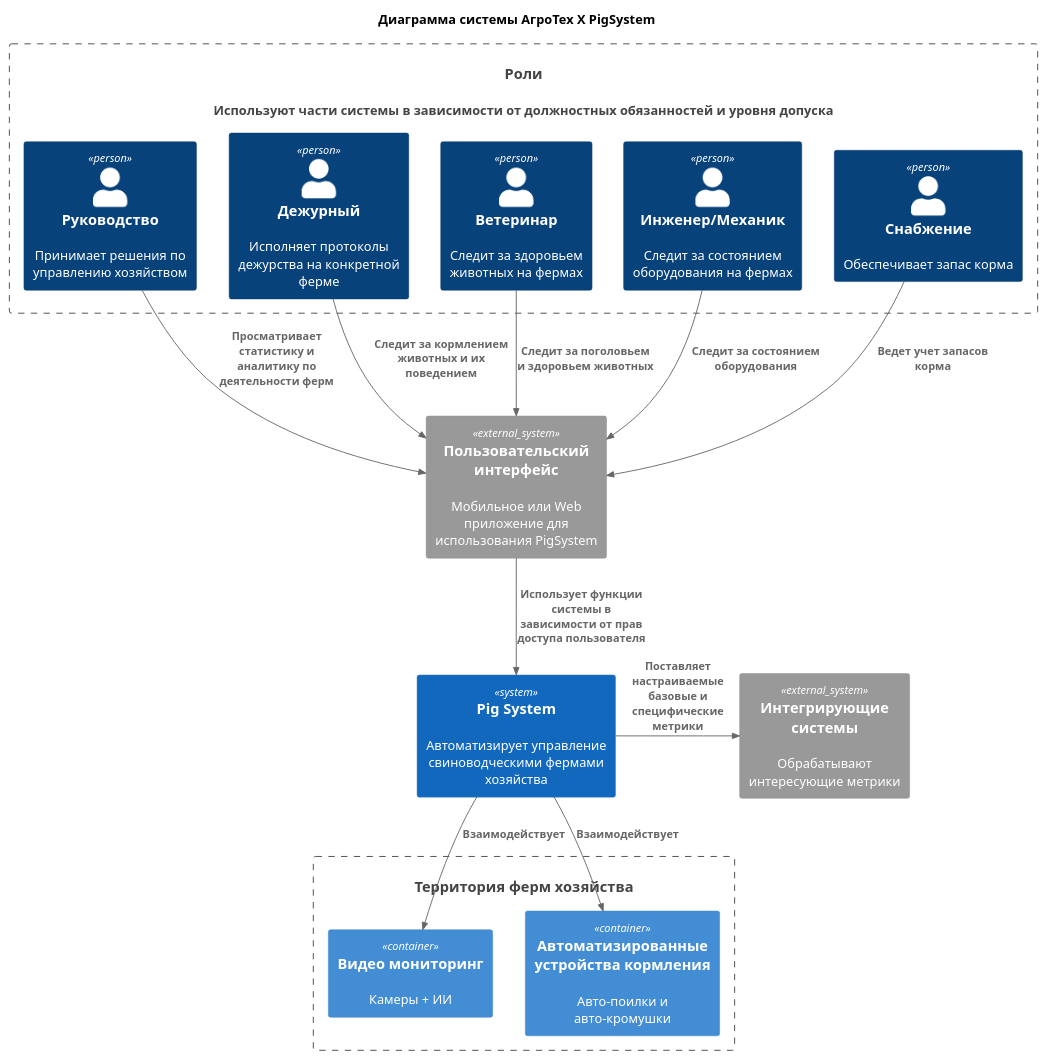
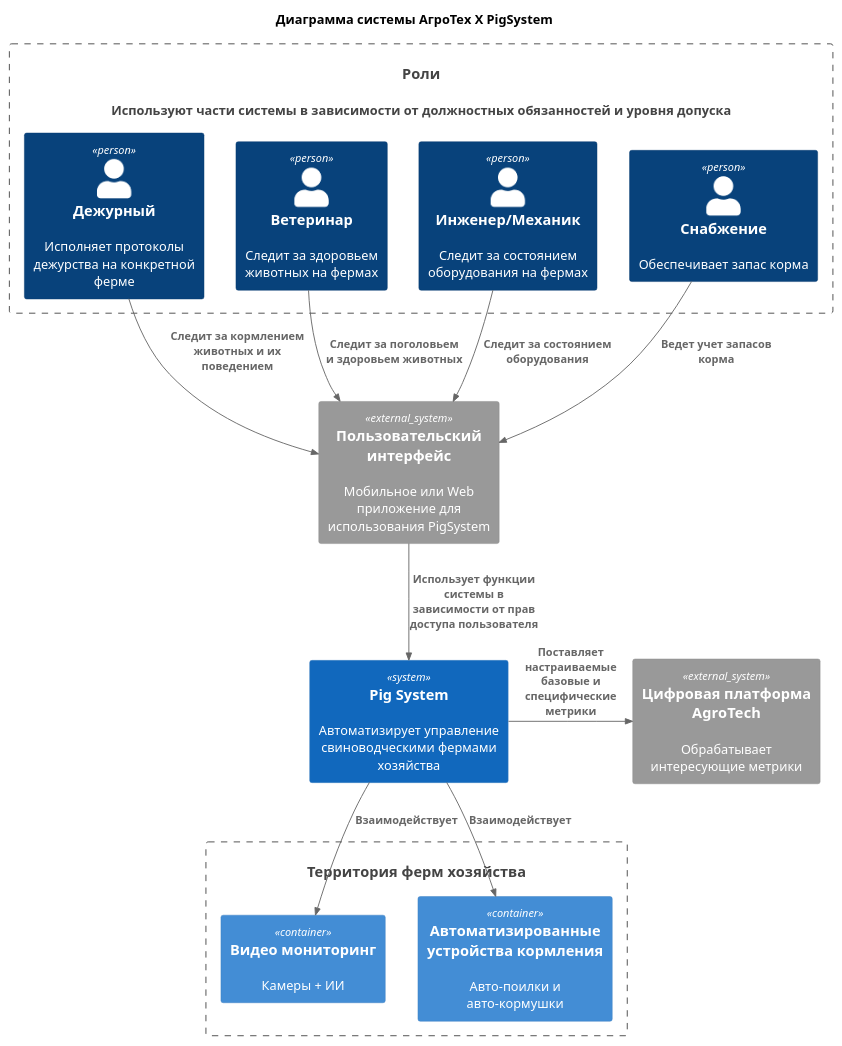
One commit to ane-ta/ms-agrotech changed the diagram in Task1/Context - main.puml. Above: the diagram before and after it, drawn with PlantUML. The commit also changed 1 other file, not shown here.

```diff
--- a/Task1/Context - main.puml
+++ b/Task1/Context - main.puml
@@ -1,47 +1,45 @@
 @startuml
 title Диаграмма системы АгроТех Х PigSystem
 
 !includeurl https://raw.githubusercontent.com/RicardoNiepel/C4-PlantUML/master/C4_Component.puml
 
 'using entities
 System(users, "Роли", "Используют части системы в зависимости от должностных обязанностей и уровня допуска")
 Container_Boundary(users, "Пользователи и роли"){
 
-    Person(userDir, "Руководство", "Принимает решения по управлению хозяйством")
     Person(userOnDuty, "Дежурный", "Исполняет протоколы дежурства на конкретной ферме")
     Person(userVet, "Ветеринар", "Следит за здоровьем животных на фермах")
     Person(userMech, "Инженер/Механик", "Следит за состоянием оборудования на фермах")
     Person(userSupply, "Снабжение", "Обеспечивает запас корма")
 }
 
 'external items
 System_Ext(appUsing, "Пользовательский интерфейс", "Mобильное или Web приложение для использования PigSystem")
-System_Ext(sysIntegrating, "Интегрирующие системы", "Обрабатывают интересующие метрики")
+System_Ext(sysIntegrating, "Цифровая платформа AgroTech", "Обрабатывает интересующие метрики")
 
 'system itself
 System(PigFarmSystem, "Pig System", "Автоматизирует управление свиноводческими фермами хозяйства")
  
  'items in use
  System(farms, "Территория ферм хозяйства", "")
  Container_Boundary(farms, ""){
     Container(video, "Видео мониторинг", "", "Камеры + ИИ")
-    Container(feeding, "Автоматизированные устройства кормления", "", "Авто-поилки и авто-кромушки")
+    Container(feeding, "Автоматизированные устройства кормления", "", "Авто-поилки и авто-кормушки")
  }
 
 
 'using relations
-Rel_Down(userDir, appUsing, "Просматривает статистику и аналитику по деятельности ферм")
 Rel_Down(userOnDuty, appUsing, "Следит за кормлением животных и их поведением")
 Rel_Down(userVet, appUsing, "Следит за поголовьем и здоровьем животных")
 Rel_Down(userMech, appUsing, "Следит за состоянием оборудования")
 Rel_Down(userSupply, appUsing, "Ведет учет запасов корма")
 
 Rel_Down(appUsing,PigFarmSystem,"Использует функции системы в зависимости от прав доступа пользователя")
 
 Rel_Right(PigFarmSystem, sysIntegrating, "Поставляет настраиваемые базовые и специфические метрики")
 
 'in use relations
 Rel_Down(PigFarmSystem, video,"Взаимодействует")
 Rel_Down(PigFarmSystem, feeding,"Взаимодействует")
 
 @enduml
```
